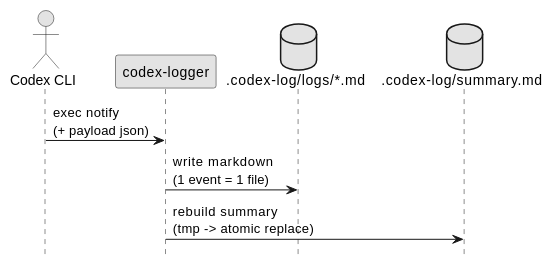
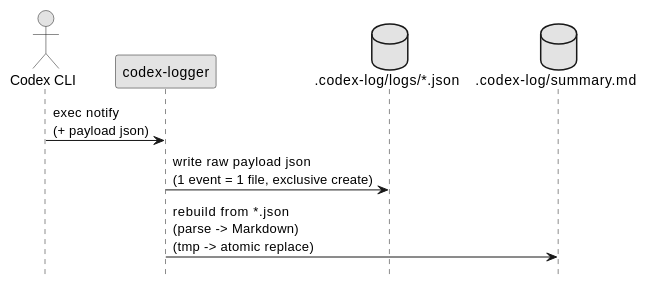
One commit to chemitaro/codex-agent-logger changed the first of 3 diagrams in spec-dock/initiatives/init-local-00001-codex-notify-json-logger/epics/epic-local-00001-local-logging-and-summary/design.md. Above: the diagram before and after it, drawn with PlantUML. The commit also changed other lines of this file and 23 other files, not shown here.

Commit message:
docs(init-local-00001): ログ保存仕様をJSON化し設計文書を更新 - `logs/*.md`を`logs/*.json`へ変更し、`summary.md`再生成をJSONパース方式に統一 - ADR `00001`〜`00010`の最終判断と関連仕様（命名・安全ID・`.env`・topic名等）を受け入れ内容で反映 - Telegram送信・CLI配布・要件計画側のQ項目を意思決定済みに更新

````diff
--- a/spec-dock/initiatives/init-local-00001-codex-notify-json-logger/epics/epic-local-00001-local-logging-and-summary/design.md
+++ b/spec-dock/initiatives/init-local-00001-codex-notify-json-logger/epics/epic-local-00001-local-logging-and-summary/design.md
@@ -25,15 +25,15 @@
 ```plantuml
 @startuml
 skinparam monochrome true
 hide footbox
 
 actor "Codex CLI" as Codex
 participant "codex-logger" as Handler
-database ".codex-log/logs/*.md" as Logs
+database ".codex-log/logs/*.json" as Logs
 database ".codex-log/summary.md" as Summary
 
 Codex -> Handler: exec notify\n(+ payload json)
-Handler -> Logs: write markdown\n(1 event = 1 file)
-Handler -> Summary: rebuild summary\n(tmp -> atomic replace)
+Handler -> Logs: write raw payload json\n(1 event = 1 file, exclusive create)
+Handler -> Summary: rebuild from *.json\n(parse -> Markdown)\n(tmp -> atomic replace)
 @enduml
 ```
````
